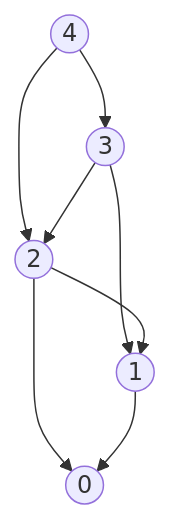
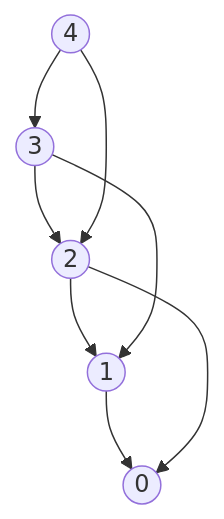
Before and after one commit to lijqhs/leetcode: the first of 2 diagrams in notes/readme.md, drawn with Mermaid.

Commit message:
update Thu Jul 14 08:41:02 EDT 2022

````diff
--- a/notes/readme.md
+++ b/notes/readme.md
@@ -871,18 +871,19 @@
 ```mermaid
 graph TB
 
 A((0))
 B((1))
 C((2))
 D((3))
 E((4))
 
 E-->D
-E-->C
 D-->C
-D-->B
 C-->B
-C-->A
 B-->A
 
+E-->C
+D-->B
+C-->A
+
 ```
````
